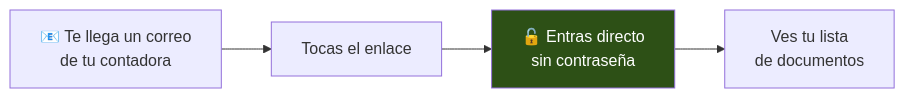
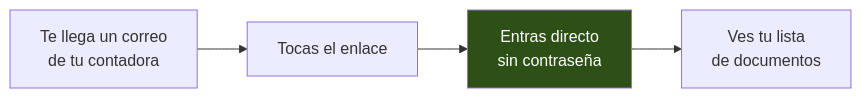
Before and after one commit to alexizher/portal-declaracion-renta: the first of 4 diagrams in docs/MANUAL-USUARIO.md, drawn with Mermaid. The commit also changed other lines of this file and 3 other files, not shown here.

````diff
--- a/docs/MANUAL-USUARIO.md
+++ b/docs/MANUAL-USUARIO.md
@@ -31,8 +31,8 @@
 ```mermaid
 flowchart LR
-    A["📧 Te llega un correo<br/>de tu contadora"] --> B["Tocas el enlace"]
-    B --> C["🔓 Entras directo<br/>sin contraseña"]
+    A["Te llega un correo<br/>de tu contadora"] --> B["Tocas el enlace"]
+    B --> C["Entras directo<br/>sin contraseña"]
     C --> D["Ves tu lista<br/>de documentos"]
 
     style C fill:#2d5016,color:#fff
 ```
````
